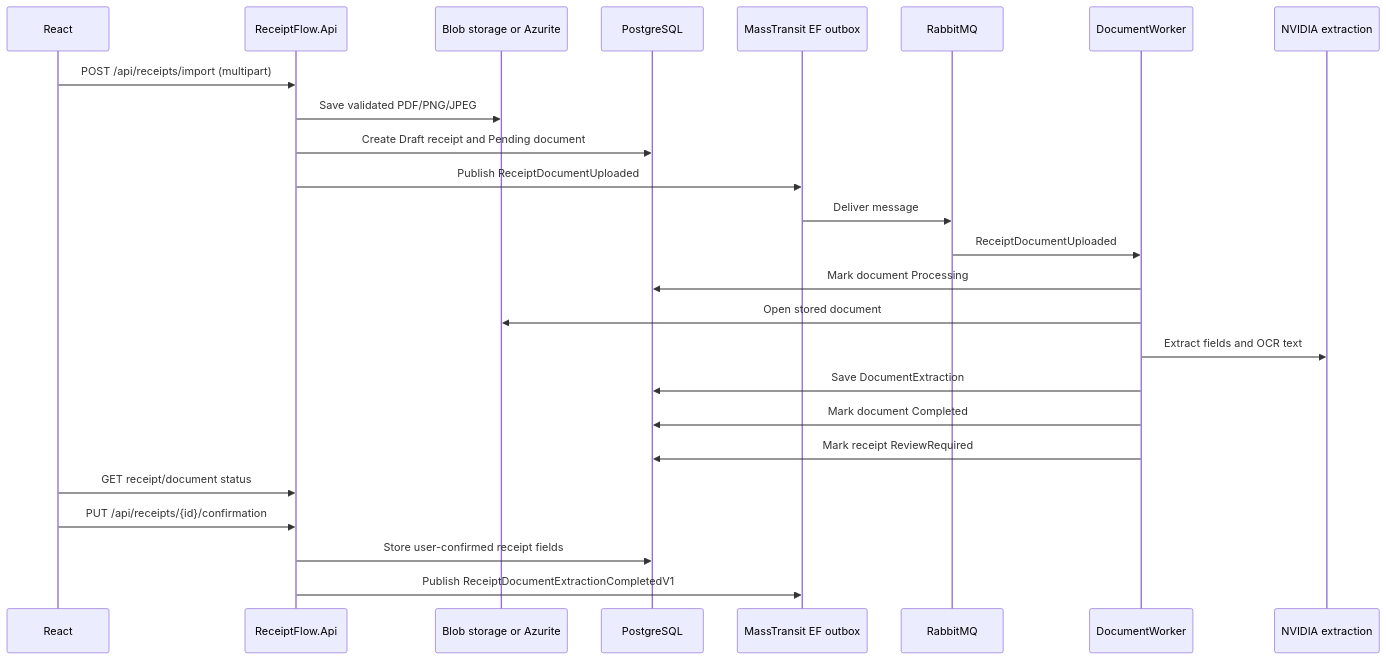
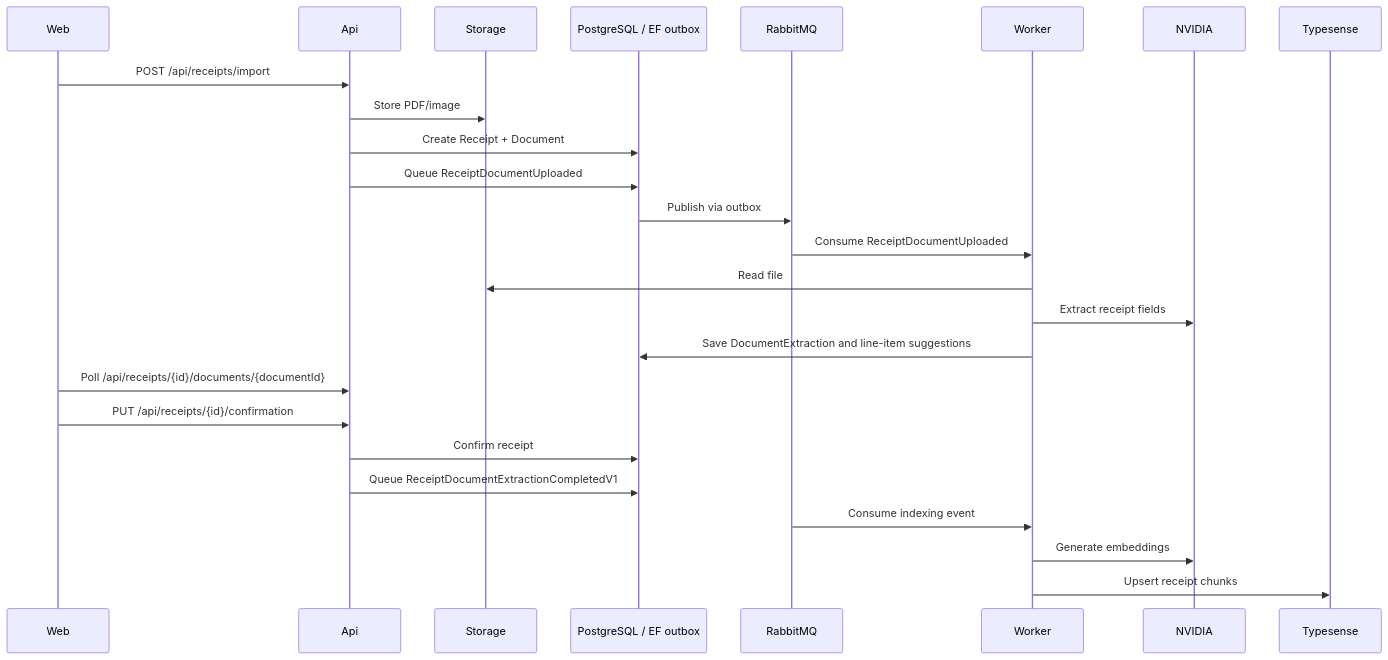
One commit to tonycruz-dev/receiptflow-ai changed the second of 5 diagrams in docs/architecture.md. Above: the diagram before and after it, drawn with Mermaid. The commit also changed other lines of this file and 4 other files, not shown here.

Commit message:
docs: add architecture setup and demo documentation

````diff
--- a/docs/architecture.md
+++ b/docs/architecture.md
@@ -50,28 +70,28 @@
 ```mermaid
 sequenceDiagram
-  participant React
-  participant API as ReceiptFlow.Api
-  participant Blob as Blob storage or Azurite
-  participant DB as PostgreSQL
-  participant Outbox as MassTransit EF outbox
-  participant Rabbit as RabbitMQ
-  participant Worker as DocumentWorker
-  participant Nvidia as NVIDIA extraction
+  participant Web
+  participant Api
+  participant Storage
+  participant Db as PostgreSQL / EF outbox
+  participant Bus as RabbitMQ
+  participant Worker
+  participant AI as NVIDIA
+  participant Search as Typesense
 
-  React->>API: POST /api/receipts/import (multipart)
-  API->>Blob: Save validated PDF/PNG/JPEG
-  API->>DB: Create Draft receipt and Pending document
-  API->>Outbox: Publish ReceiptDocumentUploaded
-  Outbox->>Rabbit: Deliver message
-  Rabbit->>Worker: ReceiptDocumentUploaded
-  Worker->>DB: Mark document Processing
-  Worker->>Blob: Open stored document
-  Worker->>Nvidia: Extract fields and OCR text
-  Worker->>DB: Save DocumentExtraction
-  Worker->>DB: Mark document Completed
-  Worker->>DB: Mark receipt ReviewRequired
-  React->>API: GET receipt/document status
-  React->>API: PUT /api/receipts/{id}/confirmation
-  API->>DB: Store user-confirmed receipt fields
-  API->>Outbox: Publish ReceiptDocumentExtractionCompletedV1
+  Web->>Api: POST /api/receipts/import
+  Api->>Storage: Store PDF/image
+  Api->>Db: Create Receipt + Document
+  Api->>Db: Queue ReceiptDocumentUploaded
+  Db->>Bus: Publish via outbox
+  Bus->>Worker: Consume ReceiptDocumentUploaded
+  Worker->>Storage: Read file
+  Worker->>AI: Extract receipt fields
+  Worker->>Db: Save DocumentExtraction and line-item suggestions
+  Web->>Api: Poll /api/receipts/{id}/documents/{documentId}
+  Web->>Api: PUT /api/receipts/{id}/confirmation
+  Api->>Db: Confirm receipt
+  Api->>Db: Queue ReceiptDocumentExtractionCompletedV1
+  Bus->>Worker: Consume indexing event
+  Worker->>AI: Generate embeddings
+  Worker->>Search: Upsert receipt chunks
 ```
````
